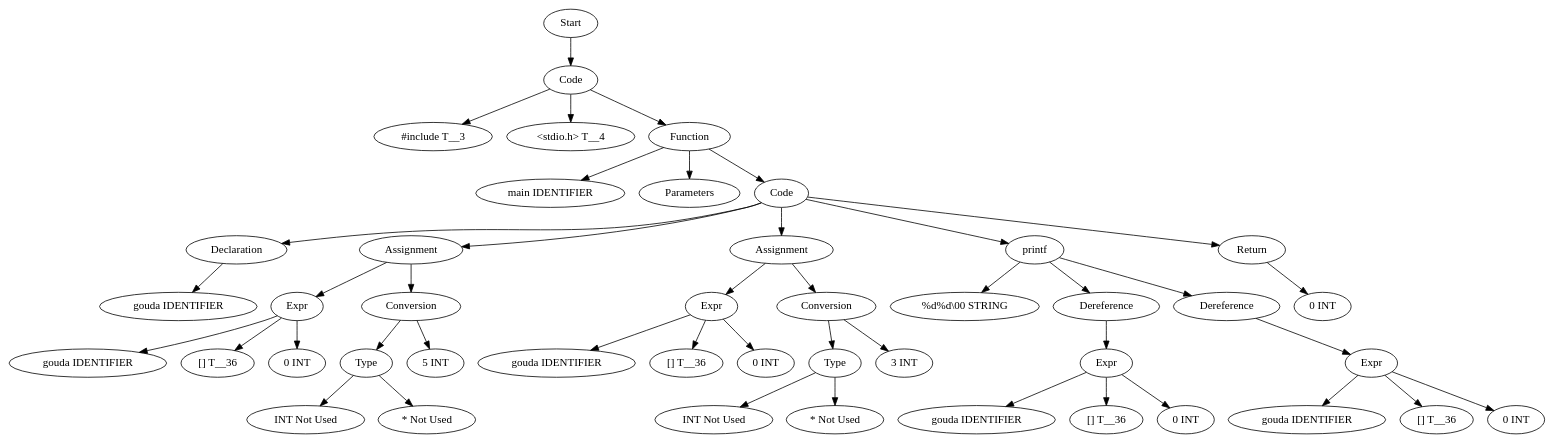
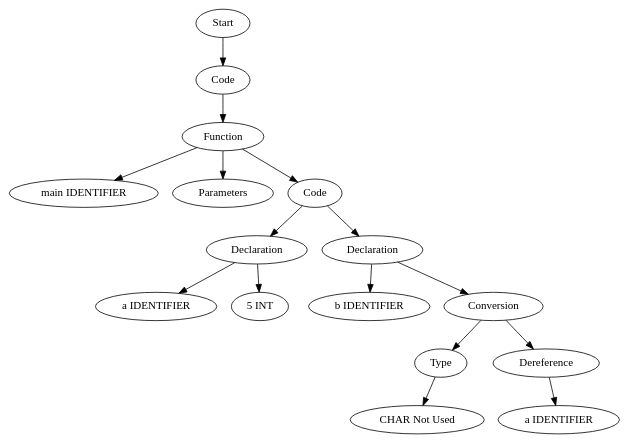
Before and after one commit to Are-you-listening/Compilers: the diagram in TestCases/ASTTests/ConversionTests/createTests/read_file_after.dot, drawn with Graphviz. The commit also changed 184 other files, not shown here.

```diff
--- a/TestCases/ASTTests/ConversionTests/createTests/read_file_after.dot
+++ b/TestCases/ASTTests/ConversionTests/createTests/read_file_after.dot
@@ -1,89 +1,33 @@
 digraph AST {
-  "139995272142832" [label="Start"];
-  "139995272142832" -> "139995272141392";
-  "139995272141392" [label="Code"];
-  "139995272141392" -> "139995272141968";
-  "139995272141392" -> "139995272142112";
-  "139995272141392" -> "139995272146144";
-  "139995272141968" [label="#include T__3"];
-  "139995272142112" [label="<stdio.h> T__4"];
-  "139995272146144" [label="Function"];
-  "139995272146144" -> "139995272146336";
-  "139995272146144" -> "139995272136976";
-  "139995272146144" -> "139995272137696";
-  "139995272146336" [label="main IDENTIFIER"];
-  "139995272136976" [label="Parameters"];
-  "139995272137696" [label="Code"];
-  "139995272137696" -> "139995272142880";
-  "139995272137696" -> "139995272139808";
-  "139995272137696" -> "139995272141728";
-  "139995272137696" -> "139995272138992";
-  "139995272137696" -> "139995272138944";
-  "139995272142880" [label="Declaration"];
-  "139995272142880" -> "139995272141008";
-  "139995272141008" [label="gouda IDENTIFIER"];
-  "139995272139808" [label="Assignment"];
-  "139995272139808" -> "139995272141104";
-  "139995272139808" -> "139995272142208";
-  "139995272141104" [label="Expr"];
-  "139995272141104" -> "139995272144560";
-  "139995272141104" -> "139995272142736";
-  "139995272141104" -> "139995272142160";
-  "139995272144560" [label="gouda IDENTIFIER"];
-  "139995272142736" [label="[] T__36"];
-  "139995272142160" [label="0 INT"];
-  "139995272142208" [label="Conversion"];
-  "139995272142208" -> "139995272141248";
-  "139995272142208" -> "139995272145520";
-  "139995272141248" [label="Type"];
-  "139995272141248" -> "139995272145472";
-  "139995272141248" -> "139995272137744";
-  "139995272145472" [label="INT Not Used"];
-  "139995272137744" [label="* Not Used"];
-  "139995272145520" [label="5 INT"];
-  "139995272141728" [label="Assignment"];
-  "139995272141728" -> "139995272138032";
-  "139995272141728" -> "139995272140192";
-  "139995272138032" [label="Expr"];
-  "139995272138032" -> "139995272145760";
-  "139995272138032" -> "139995272145808";
-  "139995272138032" -> "139995272144608";
-  "139995272145760" [label="gouda IDENTIFIER"];
-  "139995272145808" [label="[] T__36"];
-  "139995272144608" [label="0 INT"];
-  "139995272140192" [label="Conversion"];
-  "139995272140192" -> "139995272141200";
-  "139995272140192" -> "139995272139232";
-  "139995272141200" [label="Type"];
-  "139995272141200" -> "139995272136592";
-  "139995272141200" -> "139995272142448";
-  "139995272136592" [label="INT Not Used"];
-  "139995272142448" [label="* Not Used"];
-  "139995272139232" [label="3 INT"];
-  "139995272138992" [label="printf"];
-  "139995272138992" -> "139995272145568";
-  "139995272138992" -> "139995272145424";
-  "139995272138992" -> "139995272145376";
-  "139995272145568" [label="%d%d\\00 STRING"];
-  "139995272145424" [label="Dereference"];
-  "139995272145424" -> "139995272142496";
-  "139995272142496" [label="Expr"];
-  "139995272142496" -> "139995272141920";
-  "139995272142496" -> "139995272138896";
-  "139995272142496" -> "139995272139568";
-  "139995272141920" [label="gouda IDENTIFIER"];
-  "139995272138896" [label="[] T__36"];
-  "139995272139568" [label="0 INT"];
-  "139995272145376" [label="Dereference"];
-  "139995272145376" -> "139995272137792";
-  "139995272137792" [label="Expr"];
-  "139995272137792" -> "139995272137312";
-  "139995272137792" -> "139995272136544";
-  "139995272137792" -> "139995272138272";
-  "139995272137312" [label="gouda IDENTIFIER"];
-  "139995272136544" [label="[] T__36"];
-  "139995272138272" [label="0 INT"];
-  "139995272138944" [label="Return"];
-  "139995272138944" -> "139995272145280";
-  "139995272145280" [label="0 INT"];
+  "125224171492912" [label="Start"];
+  "125224171492912" -> "125224171489072";
+  "125224171489072" [label="Code"];
+  "125224171489072" -> "125224171496320";
+  "125224171496320" [label="Function"];
+  "125224171496320" -> "125224171497520";
+  "125224171496320" -> "125224171495024";
+  "125224171496320" -> "125224171493296";
+  "125224171497520" [label="main IDENTIFIER"];
+  "125224171495024" [label="Parameters"];
+  "125224171493296" [label="Code"];
+  "125224171493296" -> "125224171497280";
+  "125224171493296" -> "125224171496080";
+  "125224171497280" [label="Declaration"];
+  "125224171497280" -> "125224171495072";
+  "125224171497280" -> "125224171493920";
+  "125224171495072" [label="a IDENTIFIER"];
+  "125224171493920" [label="5 INT"];
+  "125224171496080" [label="Declaration"];
+  "125224171496080" -> "125224171493872";
+  "125224171496080" -> "125224171493248";
+  "125224171493872" [label="b IDENTIFIER"];
+  "125224171493248" [label="Conversion"];
+  "125224171493248" -> "125224171488784";
+  "125224171493248" -> "125224171496608";
+  "125224171488784" [label="Type"];
+  "125224171488784" -> "125224171495120";
+  "125224171495120" [label="CHAR Not Used"];
+  "125224171496608" [label="Dereference"];
+  "125224171496608" -> "125224171489792";
+  "125224171489792" [label="a IDENTIFIER"];
 }
```
